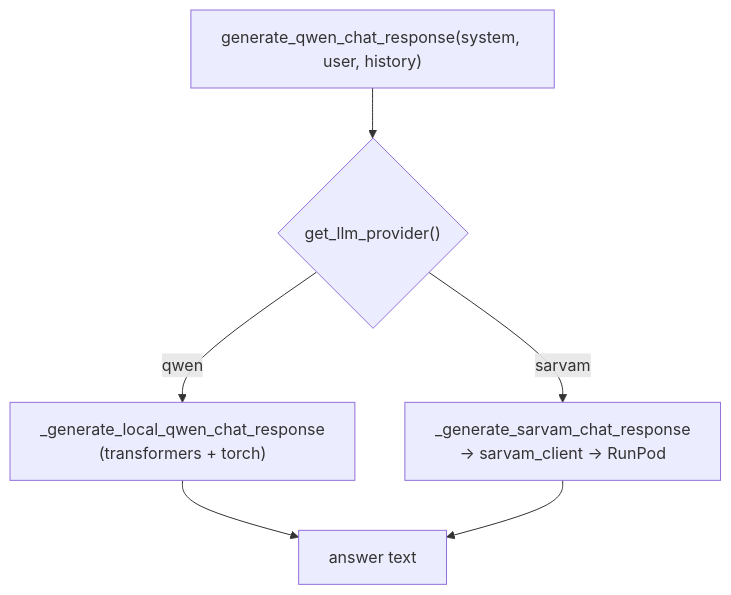
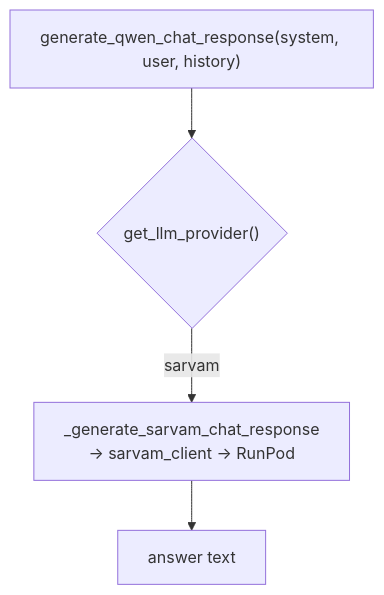
The seventh of 14 diagrams in docs/ONBOARDING.md (Anish-1205/acrobuild_customercare), drawn with Mermaid before and after one commit. The commit also changed other lines of this file and 12 other files, not shown here.

First line of the commit message:
Remove local Qwen LLM support, keep Sarvam-only dispatch

````diff
--- a/docs/ONBOARDING.md
+++ b/docs/ONBOARDING.md
@@ -461,8 +459,6 @@
 ```mermaid
 flowchart TD
   Call["generate_qwen_chat_response(system, user, history)"] --> P{"get_llm_provider()"}
-  P -->|qwen| Local["_generate_local_qwen_chat_response\n(transformers + torch)"]
   P -->|sarvam| Remote["_generate_sarvam_chat_response\n→ sarvam_client → RunPod"]
-  Local --> Text["answer text"]
-  Remote --> Text
+  Remote --> Text["answer text"]
 ```
````
